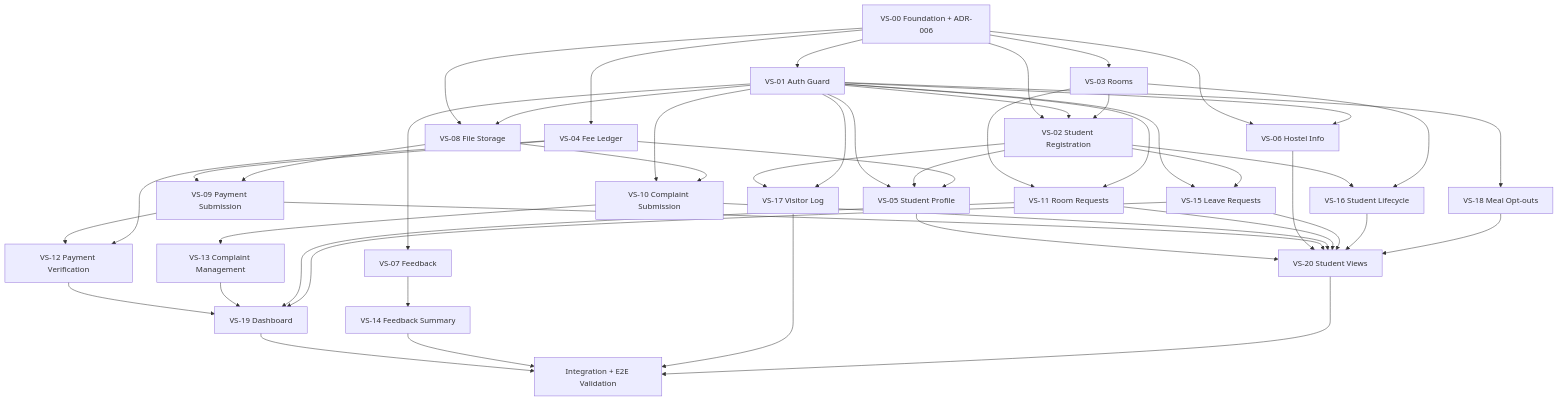
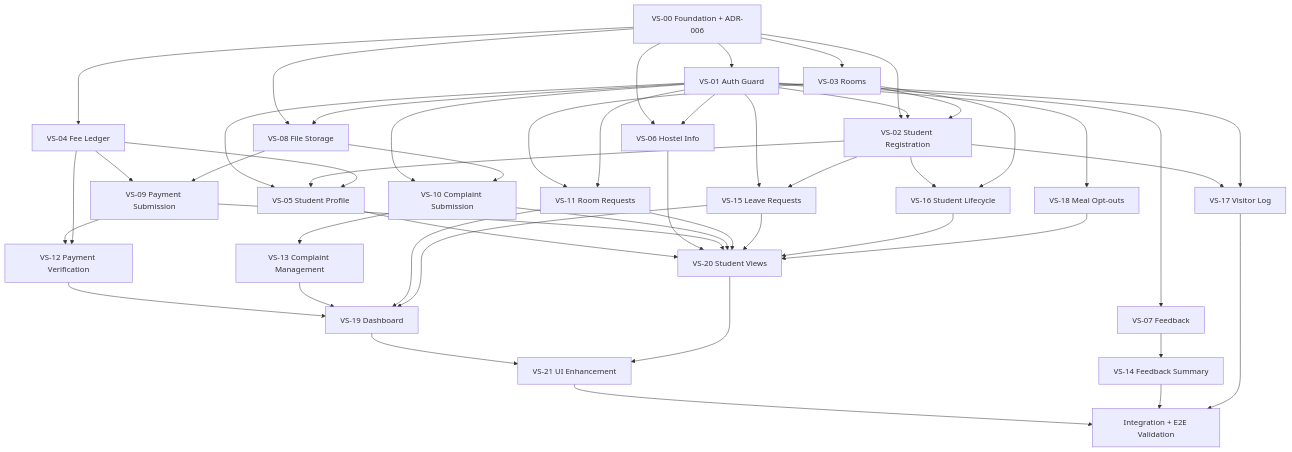
The diagram in plan.md (i253146-adnan1/HostelEase), drawn with Mermaid before and after one commit. The commit also changed other lines of this file and 2 other files, not shown here.

Commit message:
Docs: Add VS-21 (UI Enhancement) slice to plan.md, PRD, and decision-log.md

````diff
--- a/plan.md
+++ b/plan.md
@@ -570,73 +587,75 @@
 ```mermaid
 flowchart TD
     A["VS-00 Foundation + ADR-006"]
     B["VS-01 Auth Guard"]
     C["VS-02 Student Registration"]
     D["VS-03 Rooms"]
     E["VS-04 Fee Ledger"]
     F["VS-05 Student Profile"]
     G["VS-06 Hostel Info"]
     H["VS-07 Feedback"]
     I["VS-08 File Storage"]
     J["VS-09 Payment Submission"]
     K["VS-10 Complaint Submission"]
     L["VS-11 Room Requests"]
     M["VS-12 Payment Verification"]
     N["VS-13 Complaint Management"]
     O["VS-14 Feedback Summary"]
     P["VS-15 Leave Requests"]
     Q["VS-16 Student Lifecycle"]
     R["VS-17 Visitor Log"]
     S["VS-18 Meal Opt-outs"]
     T["VS-19 Dashboard"]
     U["VS-20 Student Views"]
+    W["VS-21 UI Enhancement"]
     V["Integration + E2E Validation"]
 
     A --> B
     A --> C
     A --> D
     A --> E
     B --> C
     D --> C
     B --> F
     C --> F
     E --> F
     A --> G
     B --> G
     B --> H
     A --> I
     B --> I
     E --> J
     I --> J
     B --> K
     I --> K
     D --> L
     B --> L
     J --> M
     E --> M
     K --> N
     H --> O
     B --> P
     C --> P
     C --> Q
     D --> Q
     C --> R
     B --> R
     B --> S
     M --> T
     N --> T
     L --> T
     P --> T
     F --> U
     G --> U
     J --> U
     K --> U
     L --> U
     P --> U
     Q --> U
     S --> U
-    T --> V
+    T --> W
+    U --> W
+    W --> V
     O --> V
     R --> V
-    U --> V
 ```
````
